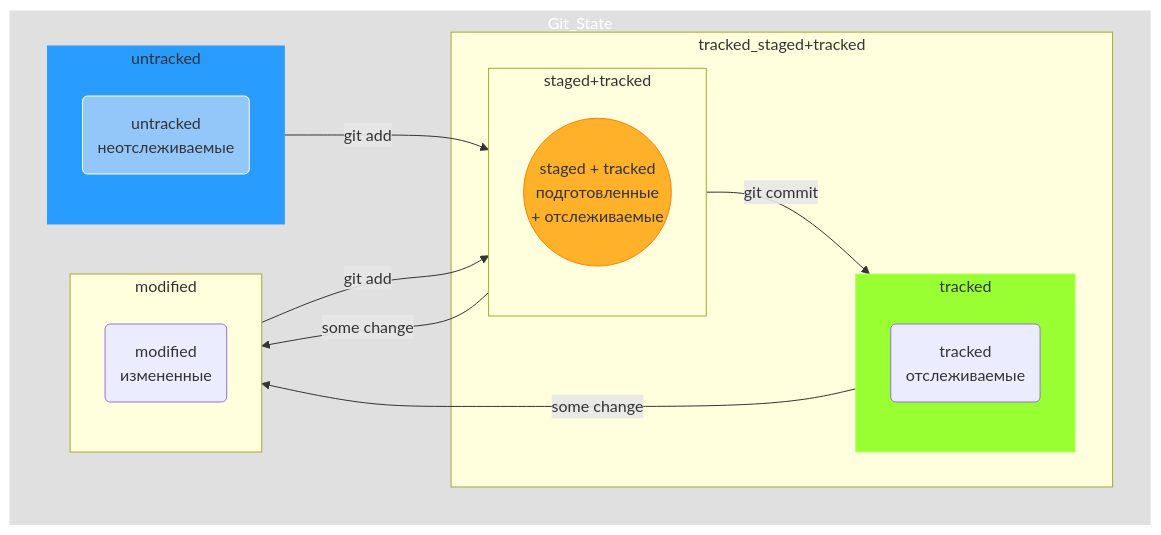
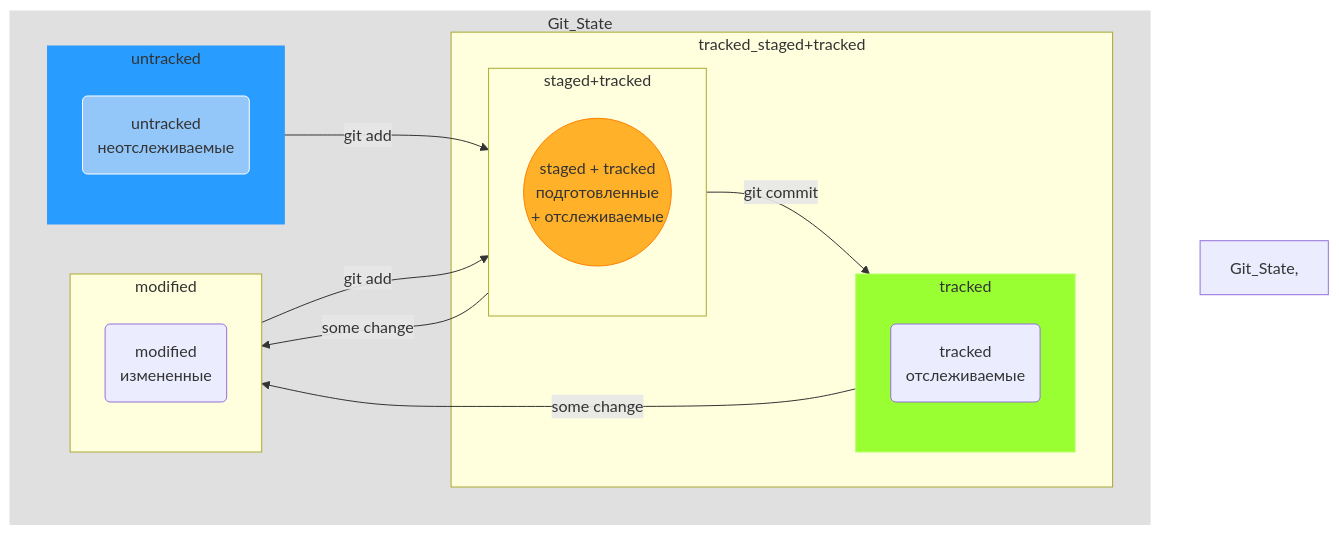
One commit to AleksandrVakarin/GitInstructionMermaid changed the diagram in README.md. Above: the diagram before and after it, drawn with Mermaid.

Commit message:
Изменить границу, изменить цвет границ для диаграммы

````diff
--- a/README.md
+++ b/README.md
@@ -93,47 +93,47 @@
 ```mermaid
 flowchart TD;
 	
 	stgd((staged + tracked<br>подготовленные<br> + отслеживаемые))
 	mdf(modified<br>измененные)
 	untr(untracked<br>неотслеживаемые)
 	trcd(tracked<br>отслеживаемые)
 
 
 	subgraph Git_State
 
 		subgraph untracked
 			untr
 		end
 
 		subgraph tracked_staged+tracked
 
 			subgraph tracked
 				trcd
 			end
 
 			subgraph staged+tracked
 				stgd
 			end
 
 		end
 
 		untracked-- git add -->staged+tracked
 		modified-- git add -->staged+tracked
 		staged+tracked-- some change -->modified
 		staged+tracked-- git commit -->tracked
 		tracked-- some change -->modified
 
 		subgraph modified
 			mdf
 		end
 
 	end
 
 	style Git_State fill: #E0E0E0, stroke: #E0E0E0
 	style stgd fill: #FFB129, stroke: #FF8000
 	style untr fill: #93C7FA, stroke: #FFFFFF
 	style untracked fill: #299CFF, stroke: #3399FF
 	style tracked fill: #99FF33, stroke: #B2FF66
-	style Git_State color: white
+	style Git_State, tracked_staged+tracked, modified color: white
 
 ```
````
